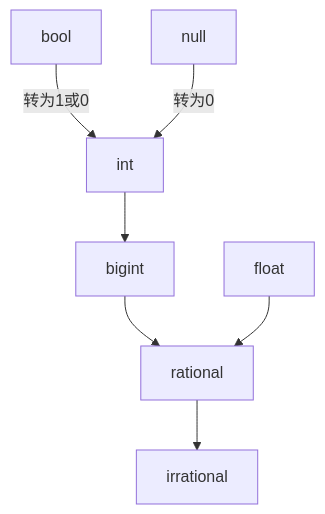
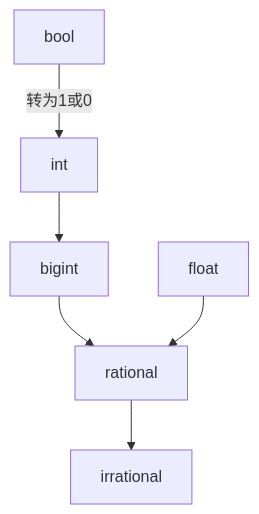
One commit to CGrakeski/LSR changed the first of 2 diagrams in store/LSR-005.md. Above: the diagram before and after it, drawn with Mermaid. The commit also changed other lines of this file, not shown here.

````diff
--- a/store/LSR-005.md
+++ b/store/LSR-005.md
@@ -41,6 +41,5 @@
 ```mermaid
-flowchart TD
+graph TD
     bool --> |转为1或0|int --> bigint --> rational --> irrational
     float --> rational
-    null --> |转为0|int
 ```
````
